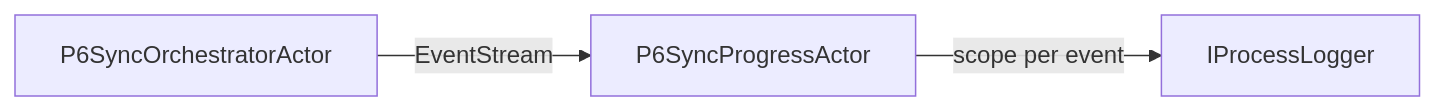
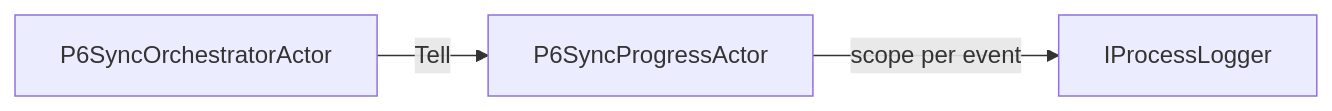
One commit to robbertF2P/Sandbox changed the first of 2 diagrams in OutOfTokens/docs/partial-project-sync.md. Above: the diagram before and after it, drawn with Mermaid. The commit also changed other lines of this file and 27 other files, not shown here.

````diff
--- a/OutOfTokens/docs/partial-project-sync.md
+++ b/OutOfTokens/docs/partial-project-sync.md
@@ -130,5 +130,5 @@
 ```mermaid
 flowchart LR
-    Orch["P6SyncOrchestratorActor"] -->|EventStream| Progress["P6SyncProgressActor"]
+    Orch["P6SyncOrchestratorActor"] -->|Tell| Progress["P6SyncProgressActor"]
     Progress -->|scope per event| Logger["IProcessLogger"]
 ```
````
